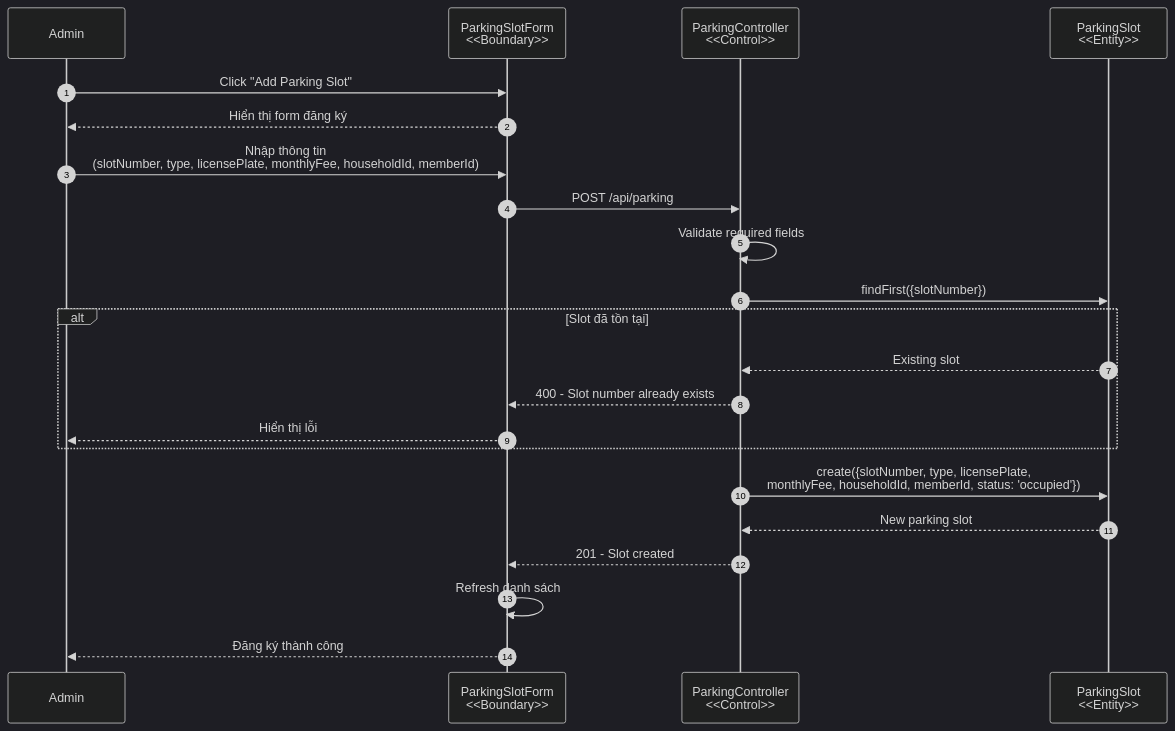
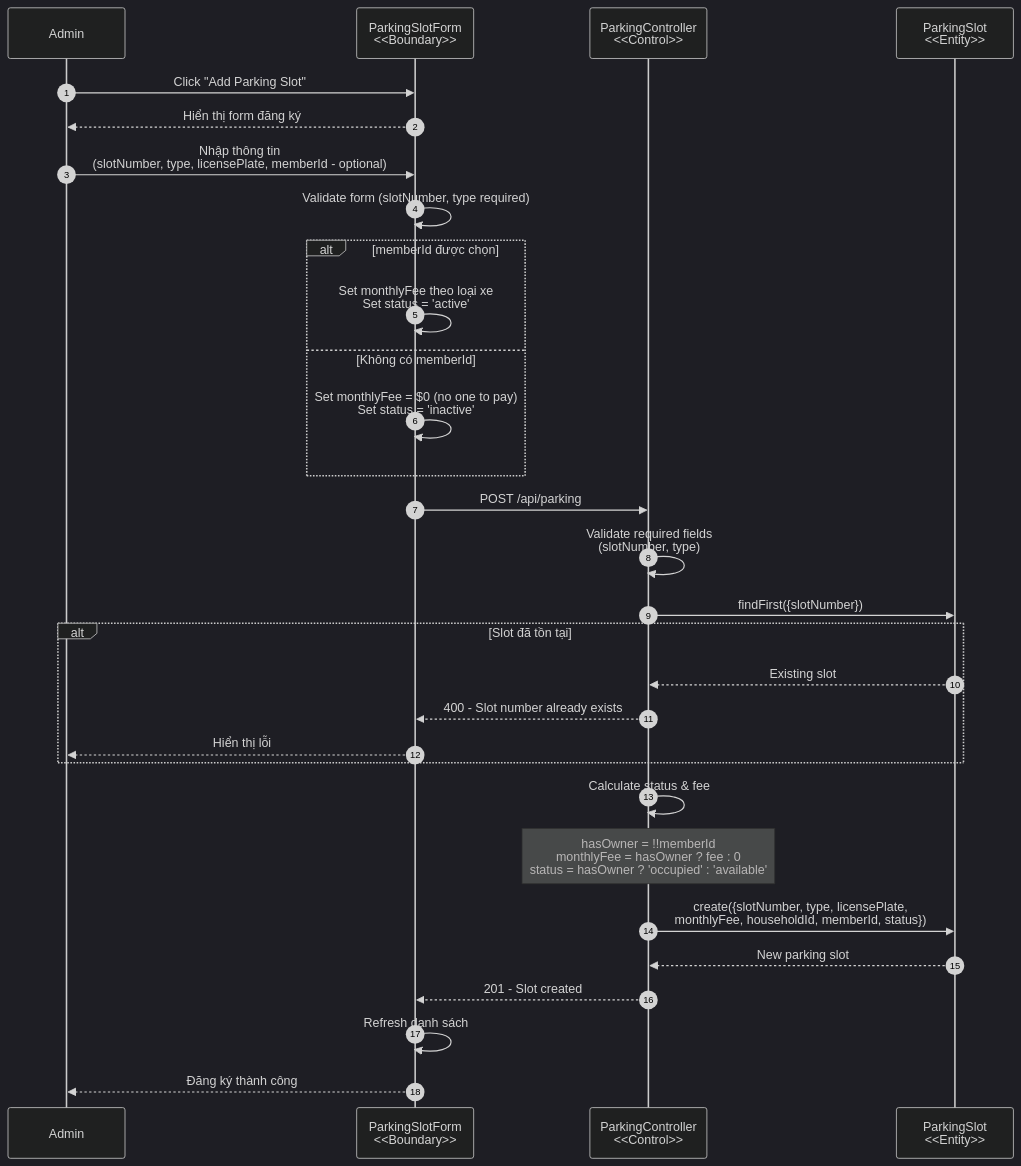
Before and after one commit to MinhNghia2010/Bluemoon: diagram 16 of 25 in docs/sequence-diagrams.md, drawn with Mermaid. The commit also changed other lines of this file and 2 other files, not shown here.

Commit message:
Fix the logical problem for ParkingSlot

````diff
--- a/docs/sequence-diagrams.md
+++ b/docs/sequence-diagrams.md
@@ -587,31 +587,42 @@
 ```mermaid
 %%{init: {'theme': 'dark'}}%%
 sequenceDiagram
     autonumber
     participant Admin as Admin
     participant View as ParkingSlotForm<br/><<Boundary>>
     participant Controller as ParkingController<br/><<Control>>
     participant Model as ParkingSlot<br/><<Entity>>
     
     Admin->>View: Click "Add Parking Slot"
     View-->>Admin: Hiển thị form đăng ký
     
-    Admin->>View: Nhập thông tin<br/>(slotNumber, type, licensePlate, monthlyFee, householdId, memberId)
+    Admin->>View: Nhập thông tin<br/>(slotNumber, type, licensePlate, memberId - optional)
+    View->>View: Validate form (slotNumber, type required)
+    
+    alt memberId được chọn
+        View->>View: Set monthlyFee theo loại xe<br/>Set status = 'active'
+    else Không có memberId
+        View->>View: Set monthlyFee = $0 (no one to pay)<br/>Set status = 'inactive'
+    end
+    
     View->>Controller: POST /api/parking
     
-    Controller->>Controller: Validate required fields
+    Controller->>Controller: Validate required fields<br/>(slotNumber, type)
     
     Controller->>Model: findFirst({slotNumber})
     alt Slot đã tồn tại
         Model-->>Controller: Existing slot
         Controller-->>View: 400 - Slot number already exists
         View-->>Admin: Hiển thị lỗi
     end
     
-    Controller->>Model: create({slotNumber, type, licensePlate,<br/>monthlyFee, householdId, memberId, status: 'occupied'})
+    Controller->>Controller: Calculate status & fee
+    Note over Controller: hasOwner = !!memberId<br/>monthlyFee = hasOwner ? fee : 0<br/>status = hasOwner ? 'occupied' : 'available'
+    
+    Controller->>Model: create({slotNumber, type, licensePlate,<br/>monthlyFee, householdId, memberId, status})
     Model-->>Controller: New parking slot
     
     Controller-->>View: 201 - Slot created
     View->>View: Refresh danh sách
     View-->>Admin: Đăng ký thành công
 ```
````
